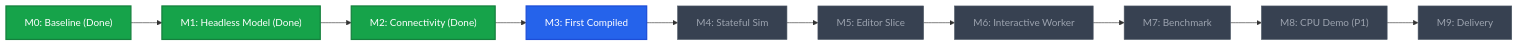
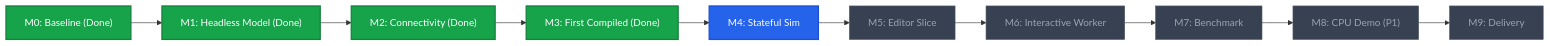
The first of 3 diagrams in README.md (Nyot-Nyot/digital-logic-forge), drawn with Mermaid before and after one commit. The commit also changed other lines of this file and 4 other files, not shown here.

````diff
--- a/README.md
+++ b/README.md
@@ -26,19 +26,19 @@
 ```mermaid
 flowchart LR
     M0["M0: Baseline (Done)"] --> M1["M1: Headless Model (Done)"]
     M1 --> M2["M2: Connectivity (Done)"]
-    M2 --> M3["M3: First Compiled"]
+    M2 --> M3["M3: First Compiled (Done)"]
     M3 --> M4["M4: Stateful Sim"]
     M4 --> M5["M5: Editor Slice"]
     M5 --> M6["M6: Interactive Worker"]
     M6 --> M7["M7: Benchmark"]
     M7 --> M8["M8: CPU Demo (P1)"]
     M8 --> M9["M9: Delivery"]
 
     classDef done fill:#16a34a,stroke:#15803d,stroke-width:2px,color:#fff;
     classDef active fill:#2563eb,stroke:#1d4ed8,stroke-width:2px,color:#fff;
     classDef pending fill:#374151,stroke:#4b5563,stroke-width:1px,color:#9ca3af;
-    class M0,M1,M2 done;
-    class M3 active;
-    class M4,M5,M6,M7,M8,M9 pending;
+    class M0,M1,M2,M3 done;
+    class M4 active;
+    class M5,M6,M7,M8,M9 pending;
 ```
````
